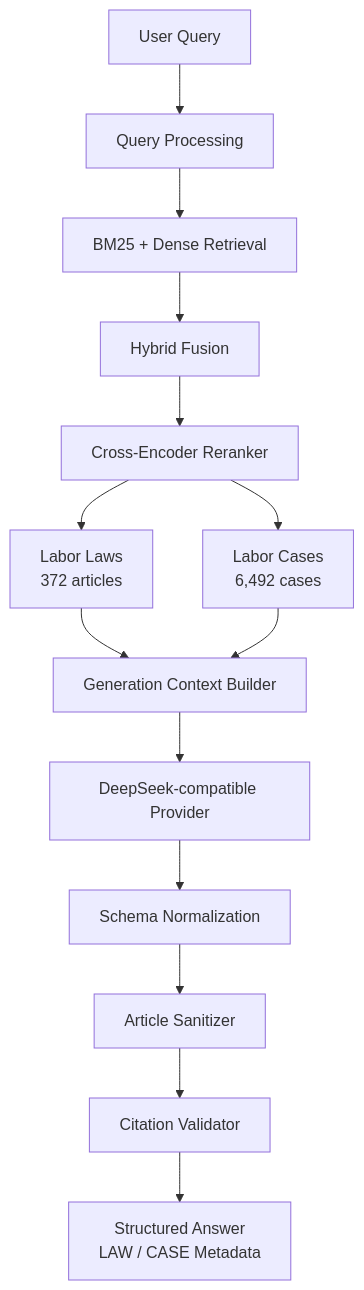
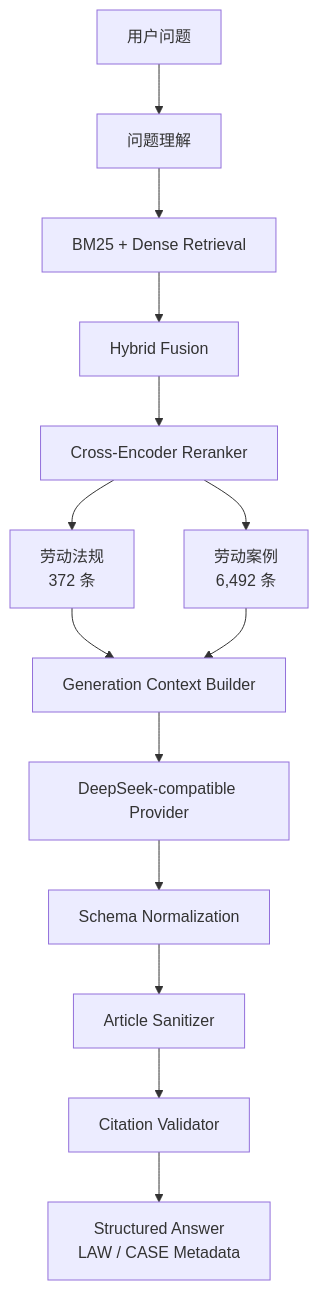
Before and after one commit to HunmiJ/LegalCase-Copilot: the diagram in README.md, drawn with Mermaid. The commit also changed other lines of this file and 4 other files, not shown here.

````diff
--- a/README.md
+++ b/README.md
@@ -40,16 +48,16 @@
 ```mermaid
 flowchart TD
-    Q[User Query] --> P[Query Processing]
+    Q[用户问题] --> P[问题理解]
     P --> R[BM25 + Dense Retrieval]
     R --> F[Hybrid Fusion]
     F --> X[Cross-Encoder Reranker]
-    X --> L[Labor Laws<br/>372 articles]
-    X --> C[Labor Cases<br/>6,492 cases]
+    X --> L[劳动法规<br/>372 条]
+    X --> C[劳动案例<br/>6,492 条]
     L --> B[Generation Context Builder]
     C --> B
     B --> D[DeepSeek-compatible Provider]
     D --> N[Schema Normalization]
     N --> S[Article Sanitizer]
     S --> V[Citation Validator]
     V --> A[Structured Answer<br/>LAW / CASE Metadata]
 ```
````
